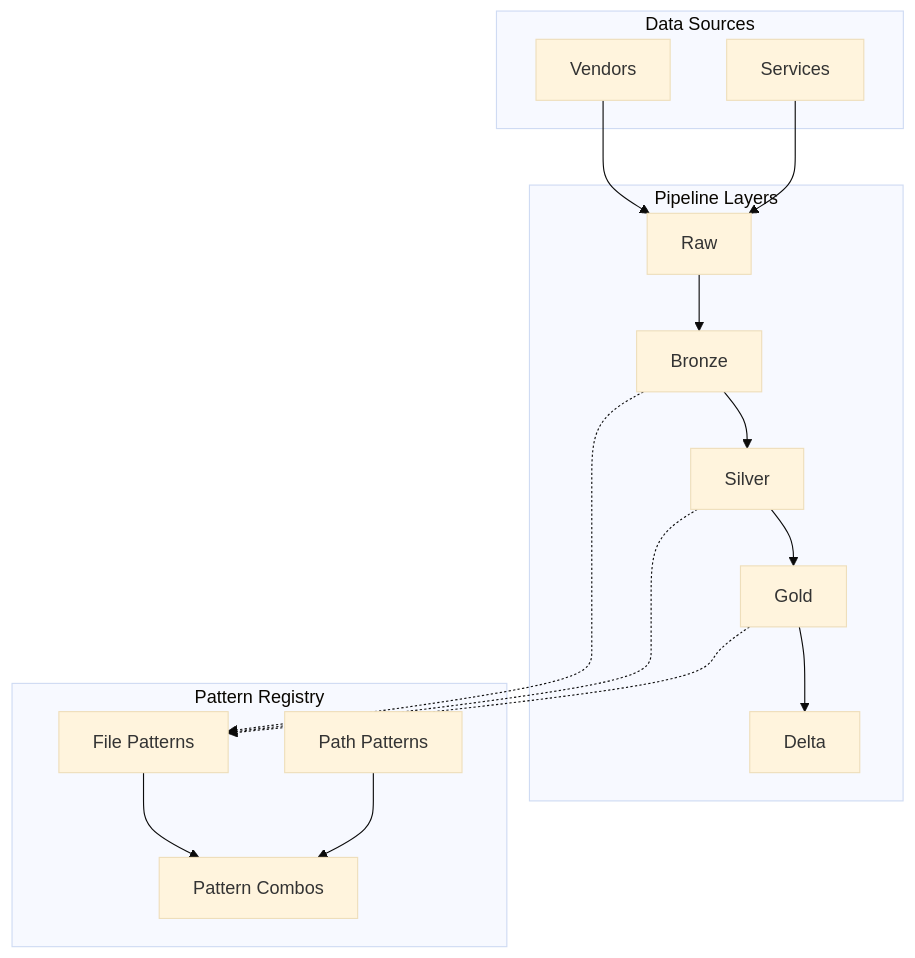
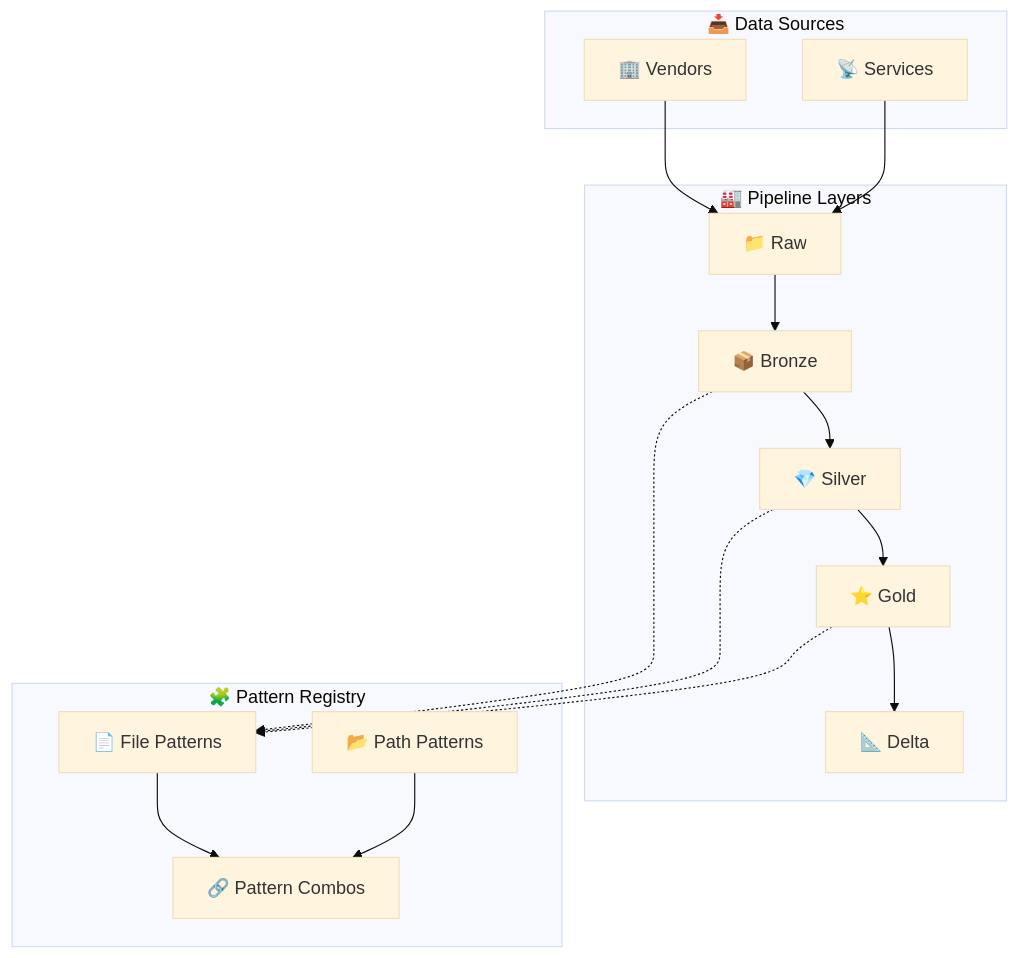
One commit to ThanuMahee12/AgentContext changed the fourth of 22 diagrams in docs/brainstorms/investigation-db.md. Above: the diagram before and after it, drawn with Mermaid (base theme). The commit also changed other lines of this file, not shown here.

Commit message:
docs: use Unicode emojis for mermaid diagram support

````diff
--- a/docs/brainstorms/investigation-db.md
+++ b/docs/brainstorms/investigation-db.md
@@ -74,31 +74,31 @@
 ```mermaid
 flowchart TB
-    subgraph Sources["Data Sources"]
-        V["Vendors"]
-        S["Services"]
+    subgraph Sources["📥 Data Sources"]
+        V["🏢 Vendors"]
+        S["📡 Services"]
     end
 
-    subgraph Pipeline["Pipeline Layers"]
-        RAW["Raw"]
-        BRONZE["Bronze"]
-        SILVER["Silver"]
-        GOLD["Gold"]
-        DELTA["Delta"]
+    subgraph Pipeline["🏭 Pipeline Layers"]
+        RAW["📁 Raw"]
+        BRONZE["📦 Bronze"]
+        SILVER["💎 Silver"]
+        GOLD["⭐ Gold"]
+        DELTA["📐 Delta"]
 
         RAW --> BRONZE --> SILVER --> GOLD --> DELTA
     end
 
-    subgraph Patterns["Pattern Registry"]
-        FP["File Patterns"]
-        PP["Path Patterns"]
-        PC["Pattern Combos"]
+    subgraph Patterns["🧩 Pattern Registry"]
+        FP["📄 File Patterns"]
+        PP["📂 Path Patterns"]
+        PC["🔗 Pattern Combos"]
     end
 
     V --> RAW
     S --> RAW
     BRONZE -.-> FP
     SILVER -.-> FP
     GOLD -.-> FP
     FP --> PC
     PP --> PC
 ```
````
